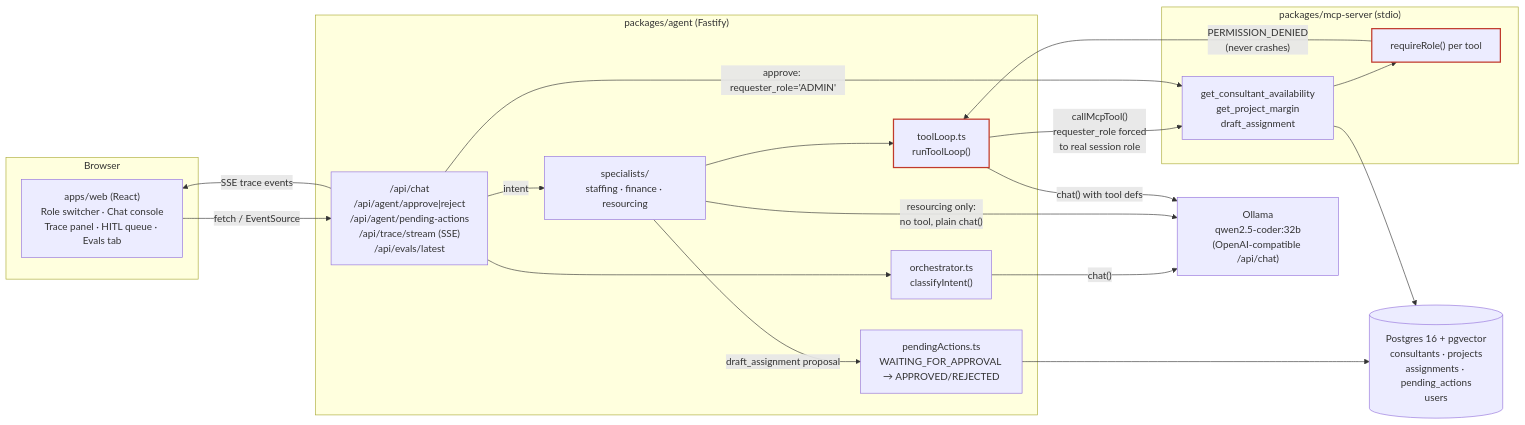
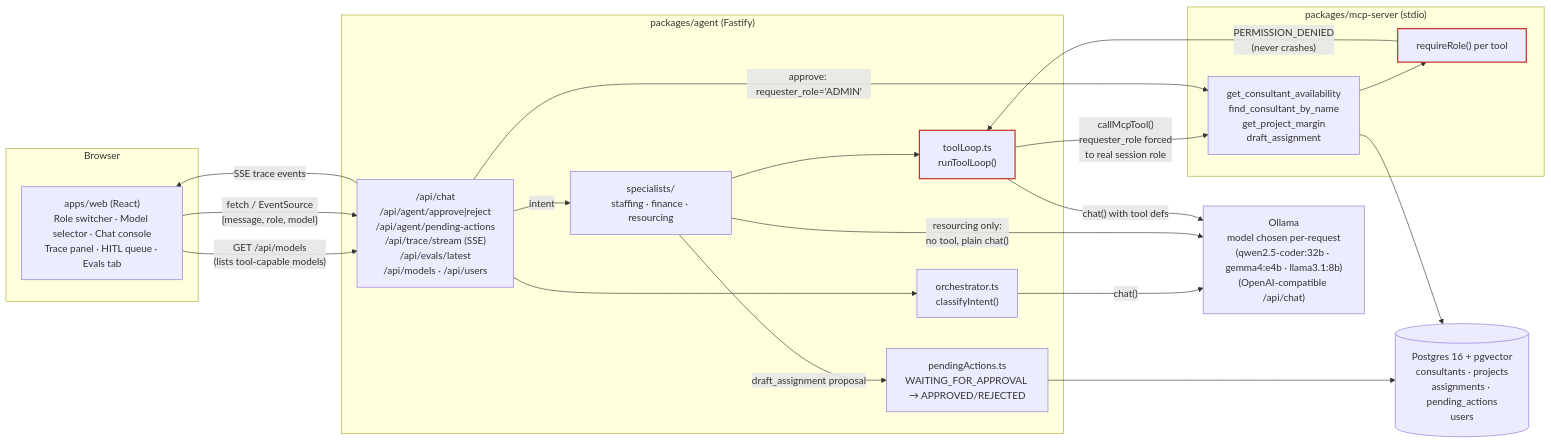
Before and after one commit to AliAlTaweel/ai_code_assistant: the first of 3 diagrams in README.md, drawn with Mermaid. The commit also changed other lines of this file and 23 other files, not shown here.

First line of the commit message:
feat: per-request model selection and consultant name resolution

````diff
--- a/README.md
+++ b/README.md
@@ -10,41 +10,42 @@
 ```mermaid
 flowchart LR
     subgraph Browser
-        Web["apps/web (React)\nRole switcher · Chat console\nTrace panel · HITL queue · Evals tab"]
+        Web["apps/web (React)\nRole switcher · Model selector · Chat console\nTrace panel · HITL queue · Evals tab"]
     end
 
     subgraph AgentService["packages/agent (Fastify)"]
-        API["/api/chat\n/api/agent/approve|reject\n/api/agent/pending-actions\n/api/trace/stream (SSE)\n/api/evals/latest"]
+        API["/api/chat\n/api/agent/approve|reject\n/api/agent/pending-actions\n/api/trace/stream (SSE)\n/api/evals/latest\n/api/models · /api/users"]
         Orchestrator["orchestrator.ts\nclassifyIntent()"]
         Specialists["specialists/\nstaffing · finance · resourcing"]
         ToolLoop["toolLoop.ts\nrunToolLoop()"]
         Pending["pendingActions.ts\nWAITING_FOR_APPROVAL → APPROVED/REJECTED"]
     end
 
     subgraph MCP["packages/mcp-server (stdio)"]
-        Tools["get_consultant_availability\nget_project_margin\ndraft_assignment"]
+        Tools["get_consultant_availability\nfind_consultant_by_name\nget_project_margin\ndraft_assignment"]
         RBAC["requireRole() per tool"]
     end
 
-    Ollama["Ollama\nqwen2.5-coder:32b\n(OpenAI-compatible /api/chat)"]
+    Ollama["Ollama\nmodel chosen per-request\n(qwen2.5-coder:32b · gemma4:e4b · llama3.1:8b)\n(OpenAI-compatible /api/chat)"]
     DB[("Postgres 16 + pgvector\nconsultants · projects\nassignments · pending_actions\nusers")]
 
-    Web -- "fetch / EventSource" --> API
+    Web -- "GET /api/models\n(lists tool-capable models)" --> API
+    Web -- "fetch / EventSource\n{message, role, model}" --> API
     API --> Orchestrator
     Orchestrator -- "chat()" --> Ollama
     API -- "intent" --> Specialists
     Specialists --> ToolLoop
     Specialists -- "resourcing only:\nno tool, plain chat()" --> Ollama
     ToolLoop -- "chat() with tool defs" --> Ollama
     ToolLoop -- "callMcpTool()\nrequester_role forced\nto real session role" --> Tools
     Tools --> RBAC
     RBAC -- "PERMISSION_DENIED\n(never crashes)" --> ToolLoop
     Tools --> DB
     Specialists -- "draft_assignment proposal" --> Pending
     Pending --> DB
     API -- "approve: requester_role='ADMIN'" --> Tools
     API -- "SSE trace events" --> Web
 
     classDef trust stroke:#c0392b,stroke-width:2px
     class ToolLoop,RBAC trust
 ```
````
